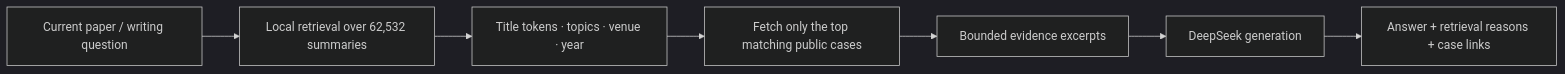
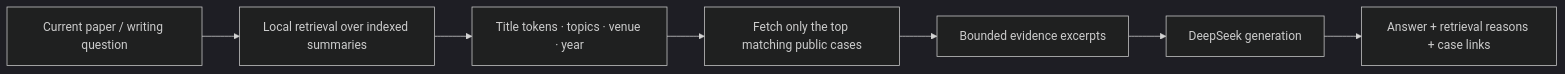
One commit to Functionhx/rebuttal-reader changed the second of 3 diagrams in README.md. Above: the diagram before and after it, drawn with Mermaid (dark theme). The commit also changed other lines of this file and 27 other files, not shown here.

````diff
--- a/README.md
+++ b/README.md
@@ -166,9 +174,9 @@
 ```mermaid
 flowchart LR
-    A["Current paper / writing question"] --> B["Local retrieval over 62,532 summaries"]
+    A["Current paper / writing question"] --> B["Local retrieval over indexed summaries"]
     B --> C["Title tokens · topics · venue · year"]
     C --> D["Fetch only the top matching public cases"]
     D --> E["Bounded evidence excerpts"]
     E --> F["DeepSeek generation"]
     F --> G["Answer + retrieval reasons + case links"]
 ```
````
